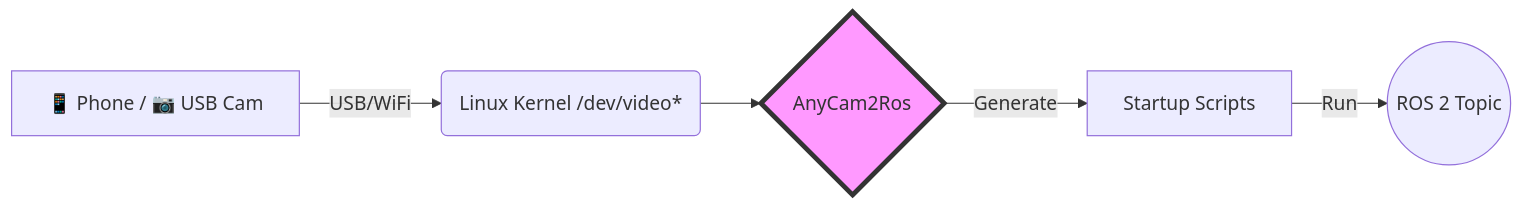
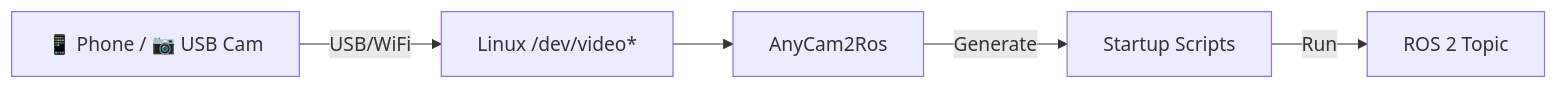
The diagram in README.md (ly-geming/AnyCam2Ros), drawn with Mermaid before and after one commit. The commit also changed 1 other file, not shown here.

Commit message:
fix: simplify Mermaid diagram style

````diff
--- a/README.md
+++ b/README.md
@@ -38,8 +38,7 @@
 ```mermaid
 graph LR
-    A[📱 Phone / 📷 USB Cam] -->|USB/WiFi| B(Linux Kernel /dev/video*)
-    B --> C{AnyCam2Ros}
+    A[📱 Phone / 📷 USB Cam] -->|USB/WiFi| B[Linux /dev/video*]
+    B --> C[AnyCam2Ros]
     C -->|Generate| D[Startup Scripts]
-    D -->|Run| E((ROS 2 Topic))
-    style C fill:#f9f,stroke:#333,stroke-width:4px
+    D -->|Run| E[ROS 2 Topic]
 ```
````
